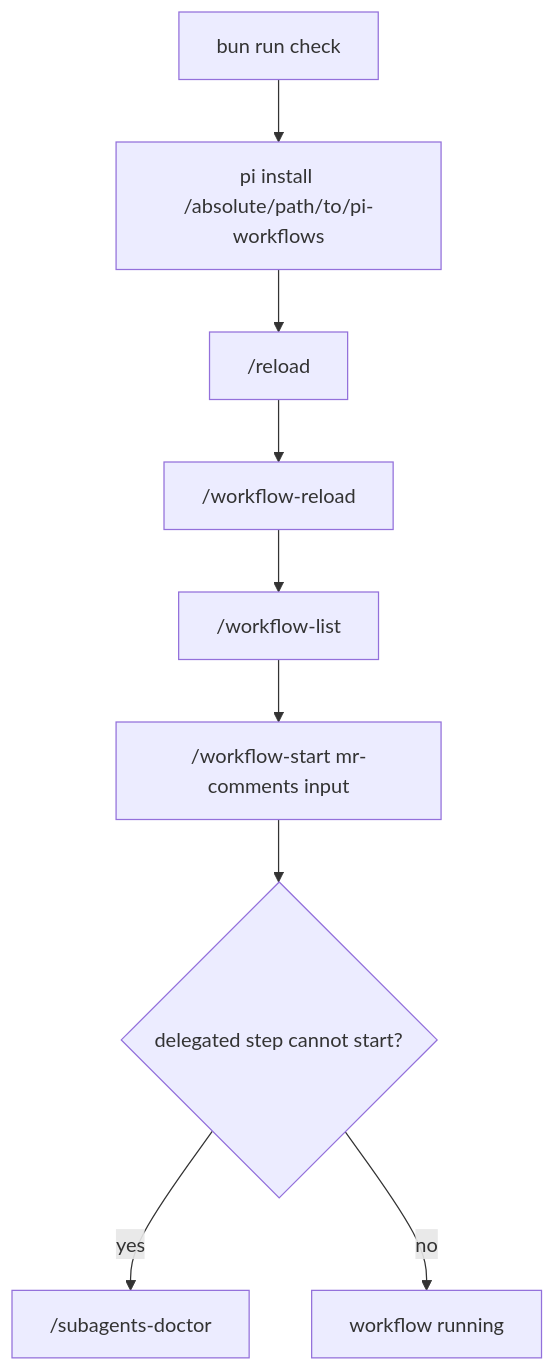
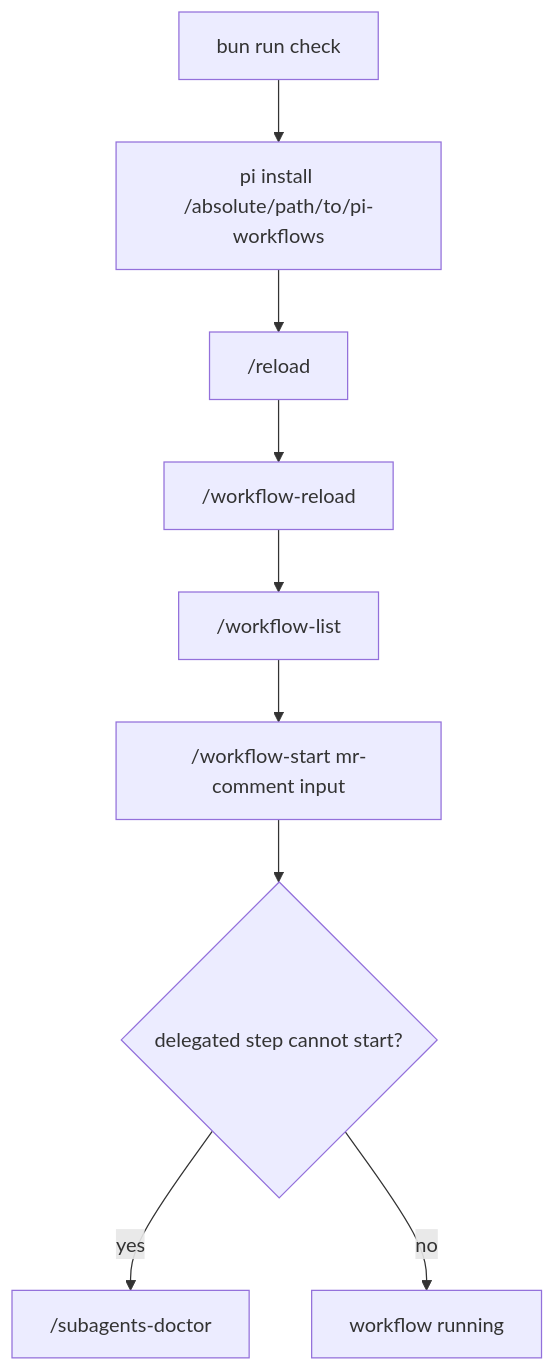
The fifth of 5 diagrams in openwiki/development/testing.md (wichayutdew/pi-workflows), drawn with Mermaid before and after one commit. The commit also changed other lines of this file and 180 other files, not shown here.

````diff
--- a/openwiki/development/testing.md
+++ b/openwiki/development/testing.md
@@ -74,11 +76,11 @@
 ```mermaid
 flowchart TD
   Check[bun run check] --> Install[pi install /absolute/path/to/pi-workflows]
   Install --> Reload["/reload"]
   Reload --> WorkflowReload["/workflow-reload"]
   WorkflowReload --> List["/workflow-list"]
-  List --> Start["/workflow-start mr-comments input"]
+  List --> Start["/workflow-start mr-comment input"]
   Start --> Doctor{delegated step cannot start?}
   Doctor -- yes --> SubDoctor["/subagents-doctor"]
   Doctor -- no --> Done[workflow running]
 ```
````
